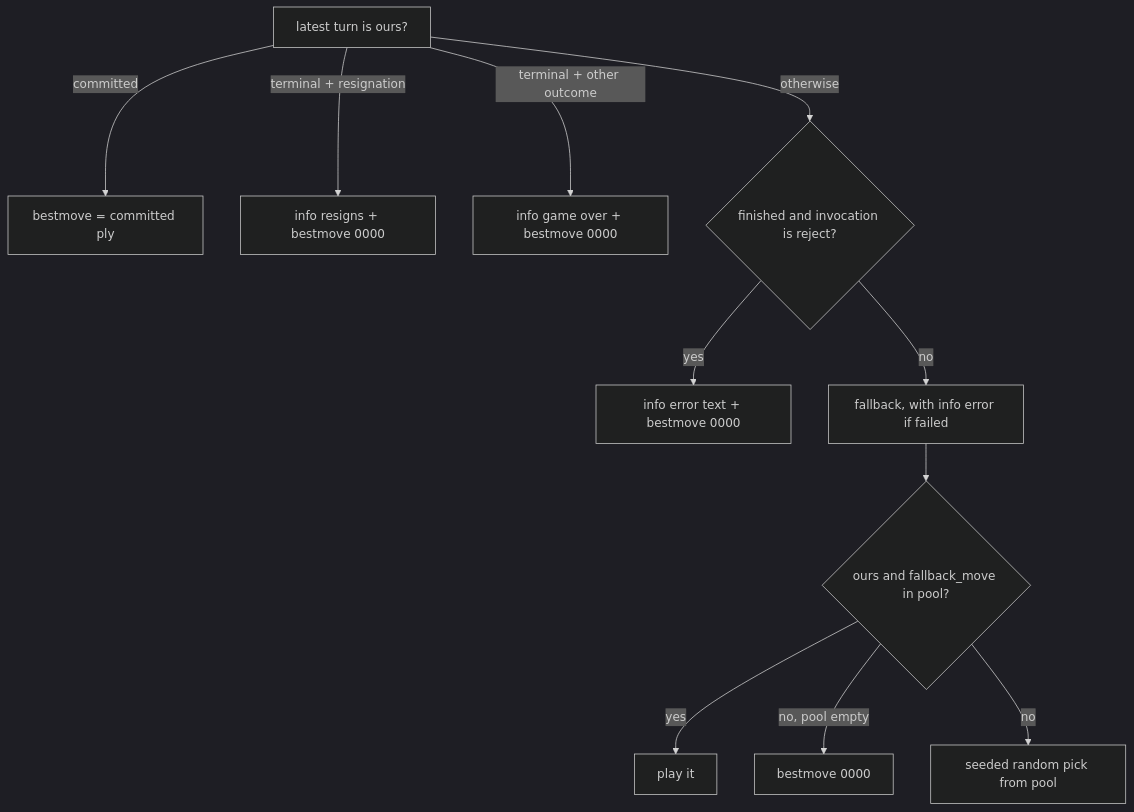
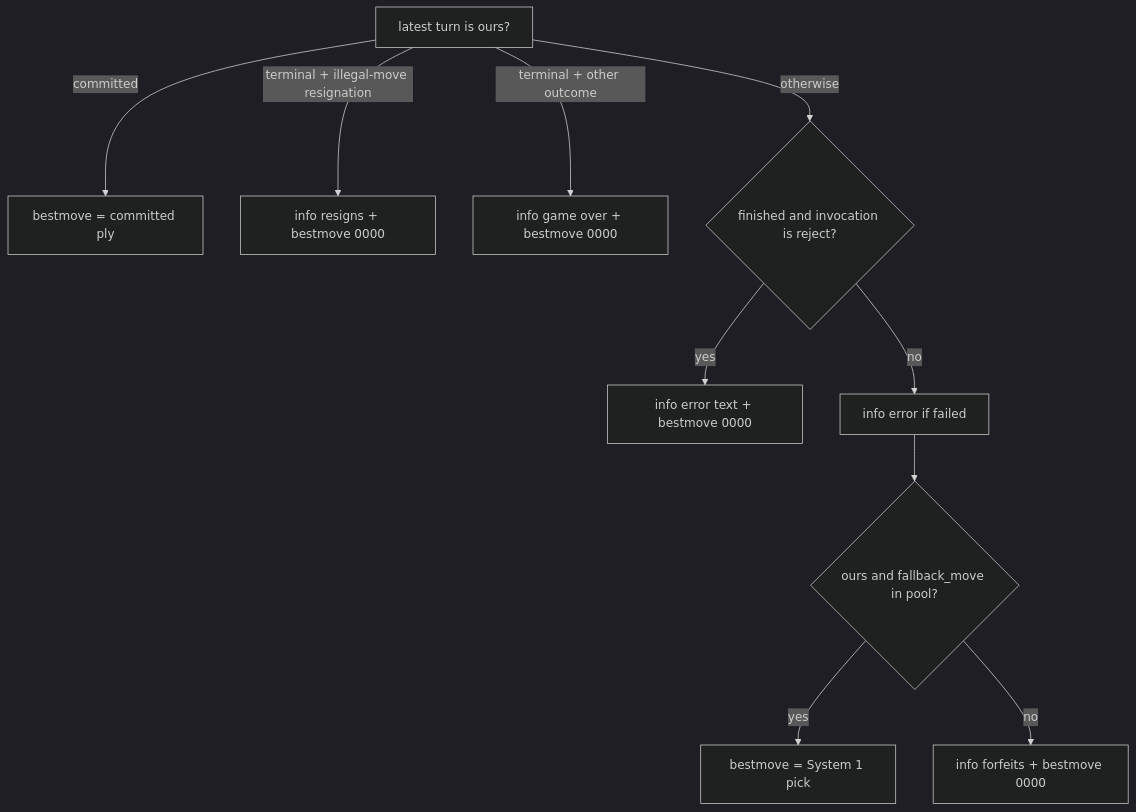
Before and after one commit to darieldatoon/langchain-chess: the second of 2 diagrams in openwiki/integrations/uci-engine.md, drawn with Mermaid (dark theme). The commit also changed other lines of this file and 48 other files, not shown here.

````diff
--- a/openwiki/integrations/uci-engine.md
+++ b/openwiki/integrations/uci-engine.md
@@ -140,13 +144,12 @@
 ```mermaid
 flowchart TD
     S["latest turn is ours?"] -->|"committed"| C["bestmove = committed ply"]
-    S -->|"terminal + resignation"| R["info resigns + bestmove 0000"]
+    S -->|"terminal + illegal-move resignation"| R["info resigns + bestmove 0000"]
     S -->|"terminal + other outcome"| G["info game over + bestmove 0000"]
     S -->|"otherwise"| J{"finished and invocation is reject?"}
     J -->|"yes"| X["info error text + bestmove 0000"]
-    J -->|"no"| F["fallback, with info error if failed"]
+    J -->|"no"| F["info error if failed"]
     F --> K{"ours and fallback_move in pool?"}
-    K -->|"yes"| K1["play it"]
-    K -->|"no, pool empty"| K2["bestmove 0000"]
-    K -->|"no"| K3["seeded random pick from pool"]
+    K -->|"yes"| K1["bestmove = System 1 pick"]
+    K -->|"no"| K2["info forfeits + bestmove 0000"]
 ```
````
